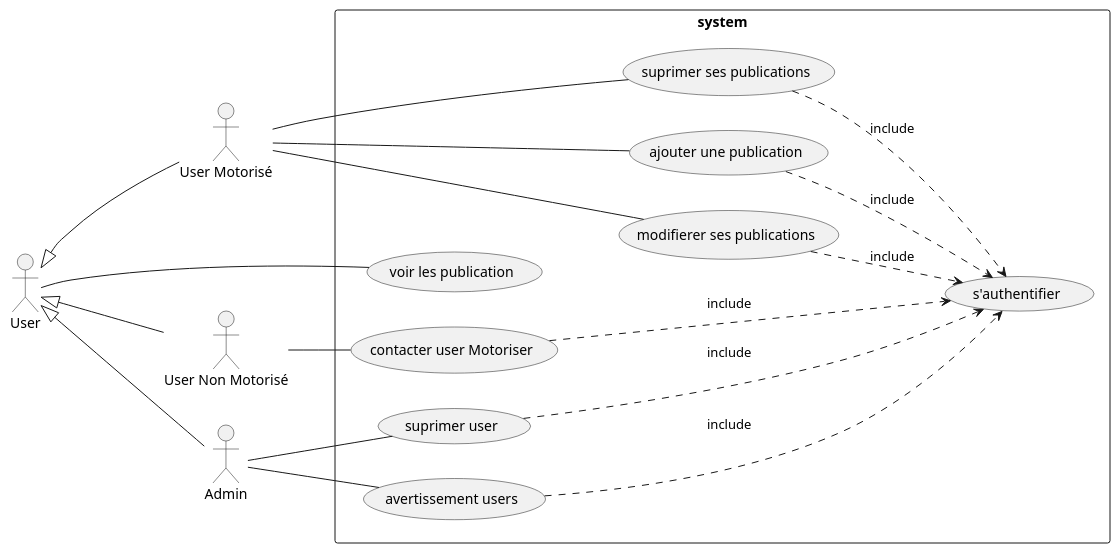
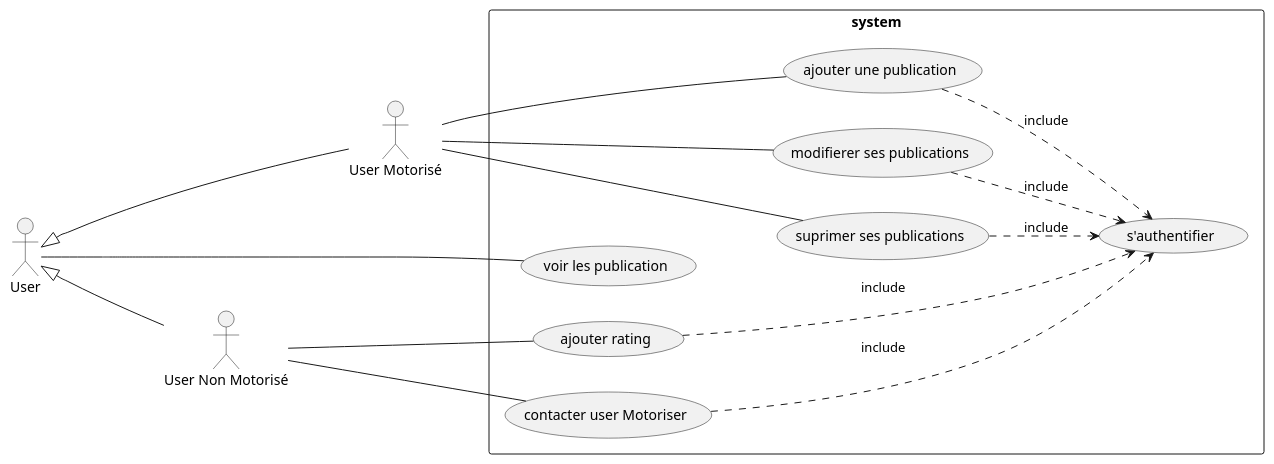
The diagram in UML/useCase.pu (HoussamEddineLamzoudi/fileRouge), drawn with PlantUML before and after one commit. The commit also changed 47 other files, not shown here.

```diff
--- a/UML/useCase.pu
+++ b/UML/useCase.pu
@@ -1,54 +1,51 @@
 @startuml useCase
 left to right direction
 
 actor "User" as fc0
+
 actor "User Motorisé" as fc1
 actor "User Non Motorisé" as fc2
-actor "Admin" as fc3
+
 
 fc0 <|--- fc1
 fc0 <|--- fc2
-fc0 <|--- fc3
+
 
 
 
 
 
 rectangle system {
     
     usecase "voir les publication" as UC1
 
     usecase "ajouter une publication" as MUC1
     usecase "modifierer ses publications" as MUC2
     usecase "suprimer ses publications" as MUC3
 
     usecase "contacter user Motoriser" as NMUC1
+    usecase "ajouter rating" as NMUC2
 
-    usecase "avertissement users" as AUC1
-    usecase "suprimer user" as AUC2
+    
 
     (MUC1) ..> (s'authentifier) : include
     (MUC2) ..> (s'authentifier) : include
     (MUC3) ..> (s'authentifier) : include
 
     (NMUC1) ...> (s'authentifier) : include
-
-    (AUC1) ...> (s'authentifier) : include
-    (AUC2) ...> (s'authentifier) : include
+    (NMUC2) ...> (s'authentifier) : include
 }
 
 
 fc0 -left- UC1
 
 
 fc1 -- MUC1
 fc1 -- MUC2
 fc1 --- MUC3
 
 fc2 --- NMUC1
-
-fc3 -- AUC1
-fc3 -- AUC2
+fc2 --- NMUC2
 
 
 @enduml
```
